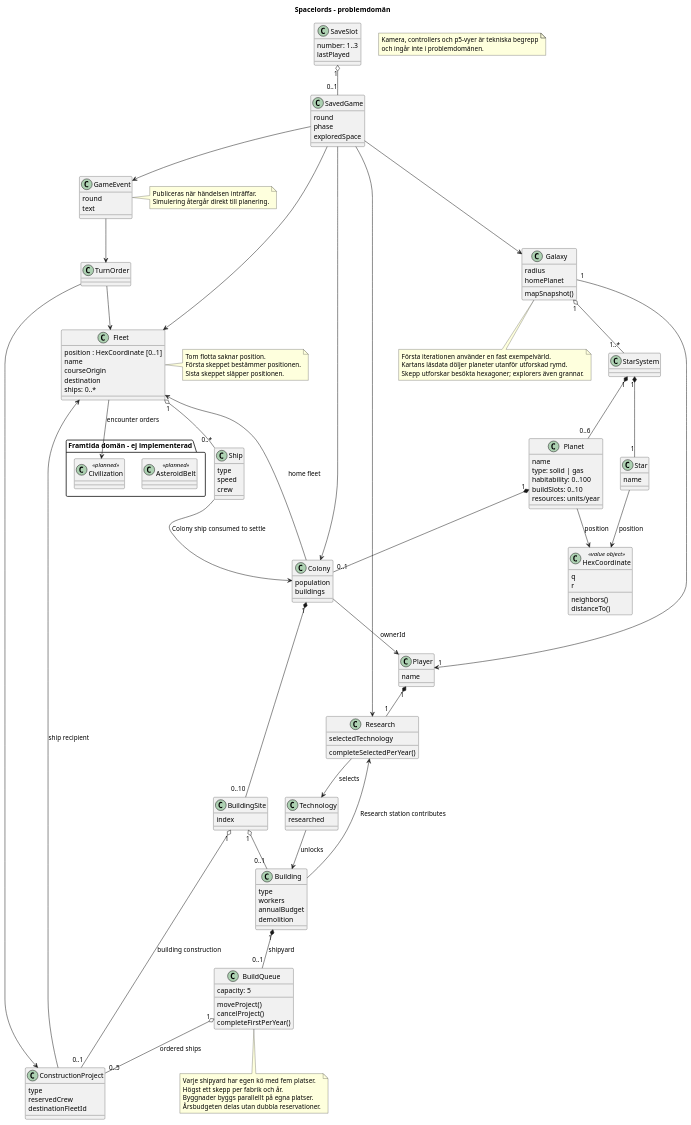
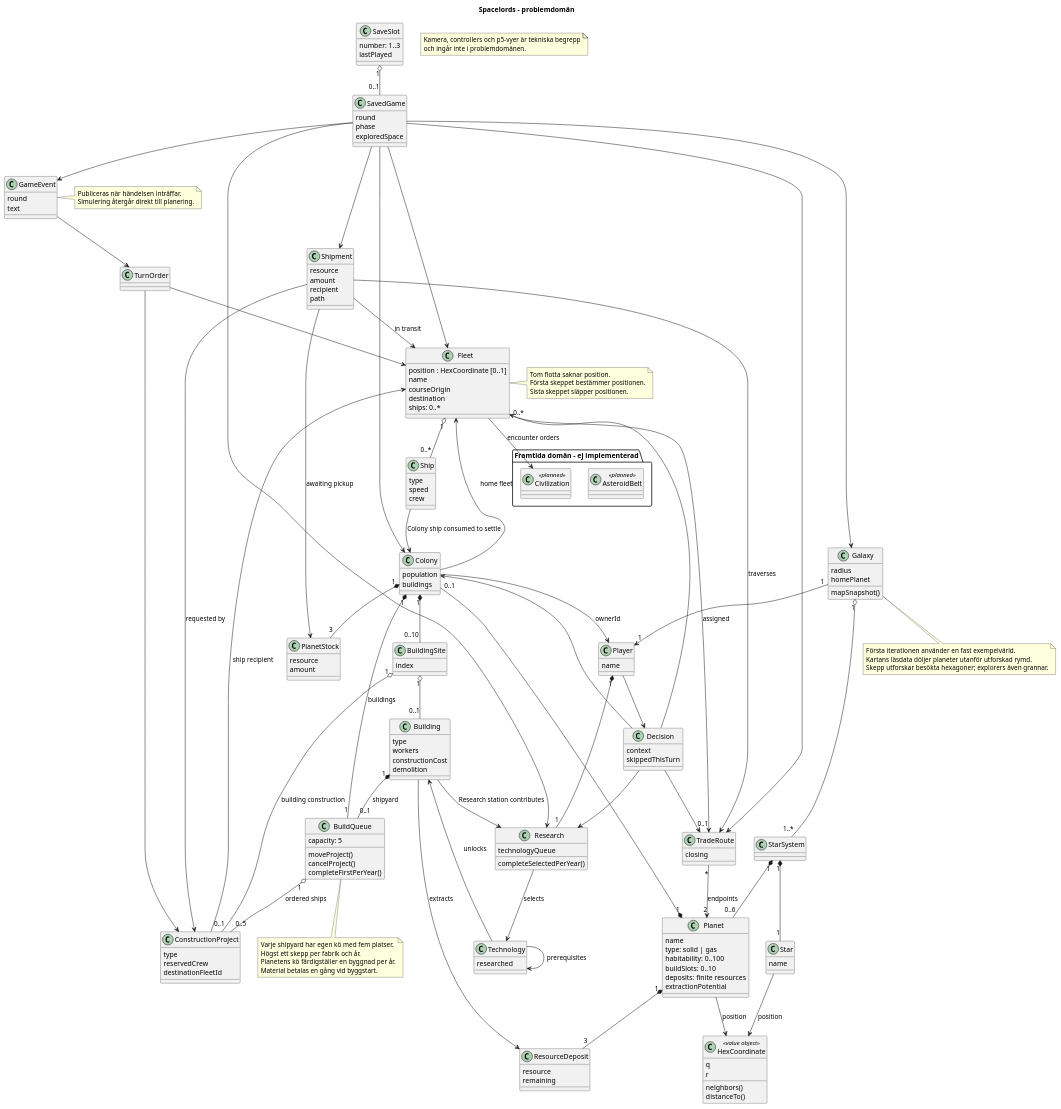
Before and after one commit to dntoll/spacelords: the diagram in docs/domain-model.puml, drawn with PlantUML. The commit also changed 47 other files, not shown here.

Commit message:
feat: add extraction economy, trade fleets and decision queues

```diff
--- a/docs/domain-model.puml
+++ b/docs/domain-model.puml
@@ -1,149 +1,190 @@
 @startuml
 title Spacelords – problemdomän
 
 class SaveSlot {
   number: 1..3
   lastPlayed
 }
 class SavedGame {
   round
   phase
   exploredSpace
 }
 SaveSlot "1" o-- "0..1" SavedGame
 SavedGame --> Galaxy
 SavedGame --> Fleet
 SavedGame --> Colony
 SavedGame --> Research
 SavedGame --> GameEvent
 
 class Galaxy {
   radius
   homePlanet
   mapSnapshot()
 }
 class StarSystem
 class Star {
   name
 }
 class Planet {
   name
   type: solid | gas
   habitability: 0..100
   buildSlots: 0..10
-  resources: units/year
+  deposits: finite resources
+  extractionPotential
 }
 class Colony {
   population
   buildings
 }
 class Building {
   type
   workers
-  annualBudget
+  constructionCost
   demolition
 }
 class ConstructionProject {
   type
   reservedCrew
   destinationFleetId
 }
 class BuildingSite {
   index
 }
 class Technology {
   researched
 }
 class Research {
-  selectedTechnology
+  technologyQueue
   completeSelectedPerYear()
 }
 class BuildQueue {
   capacity: 5
   moveProject()
   cancelProject()
   completeFirstPerYear()
 }
 class Ship {
   type
   speed
   crew
 }
 class Fleet {
   position : HexCoordinate [0..1]
   name
   courseOrigin
   destination
   ships: 0..*
 }
 class TurnOrder
 class GameEvent {
   round
   text
 }
 note right of GameEvent
   Publiceras när händelsen inträffar.
   Simulering återgår direkt till planering.
 end note
 class Player {
   name
 }
 class HexCoordinate <<value object>> {
   q
   r
   neighbors()
   distanceTo()
 }
 
 Galaxy "1" o-- "1..*" StarSystem
 Galaxy "1" --> "1" Player
 StarSystem "1" *-- "1" Star
 StarSystem "1" *-- "0..6" Planet
 Star --> HexCoordinate : position
 Planet --> HexCoordinate : position
 Planet "1" *-- "0..1" Colony
 Colony --> Player : ownerId
 Colony "1" *-- "0..10" BuildingSite
 BuildingSite "1" o-- "0..1" Building
 BuildingSite "1" o-- "0..1" ConstructionProject : building construction
 Building "1" *-- "0..1" BuildQueue : shipyard
 BuildQueue "1" o-- "0..5" ConstructionProject : ordered ships
 Player "1" *-- "1" Research
 Research --> Technology : selects
 Technology --> Building : unlocks
+Technology --> Technology : prerequisites
 Building --> Research : Research station contributes
 ConstructionProject --> Fleet : ship recipient
 Colony --> Fleet : home fleet
 Fleet "1" o-- "0..*" Ship
 note right of Fleet
   Tom flotta saknar position.
   Första skeppet bestämmer positionen.
   Sista skeppet släpper positionen.
 end note
 Ship --> Colony : Colony ship consumed to settle
 TurnOrder --> ConstructionProject
 TurnOrder --> Fleet
 GameEvent --> TurnOrder
 
 note bottom of BuildQueue
   Varje shipyard har egen kö med fem platser.
   Högst ett skepp per fabrik och år.
-  Byggnader byggs parallellt på egna platser.
-  Årsbudgeten delas utan dubbla reservationer.
+  Planetens kö färdigställer en byggnad per år.
+  Material betalas en gång vid byggstart.
 end note
+
+class ResourceDeposit {
+  resource
+  remaining
+}
+class PlanetStock {
+  resource
+  amount
+}
+class TradeRoute {
+  closing
+}
+class Shipment {
+  resource
+  amount
+  recipient
+  path
+}
+class Decision {
+  context
+  skippedThisTurn
+}
+Planet "1" *-- "3" ResourceDeposit
+Colony "1" *-- "3" PlanetStock
+Building --> ResourceDeposit : extracts
+Colony "1" *-- "1" BuildQueue : buildings
+TradeRoute "*" --> "2" Planet : endpoints
+TradeRoute "0..1" <-- "0..*" Fleet : assigned
+Shipment --> Fleet : in transit
+Shipment --> PlanetStock : awaiting pickup
+Shipment --> ConstructionProject : requested by
+Shipment --> TradeRoute : traverses
+Player --> Decision
+Decision --> Colony
+Decision --> Fleet
+Decision --> Research
+Decision --> TradeRoute
+SavedGame --> TradeRoute
+SavedGame --> Shipment
 
 note bottom of Galaxy
   Första iterationen använder en fast exempelvärld.
   Kartans läsdata döljer planeter utanför utforskad rymd.
   Skepp utforskar besökta hexagoner; explorers även grannar.
 end note
 
 package "Framtida domän – ej implementerad" {
   class AsteroidBelt <<planned>>
   class Civilization <<planned>>
   Fleet --> Civilization : encounter orders
 }
 
 note "Kamera, controllers och p5-vyer är tekniska begrepp\noch ingår inte i problemdomänen." as Scope
 
 @enduml
```
